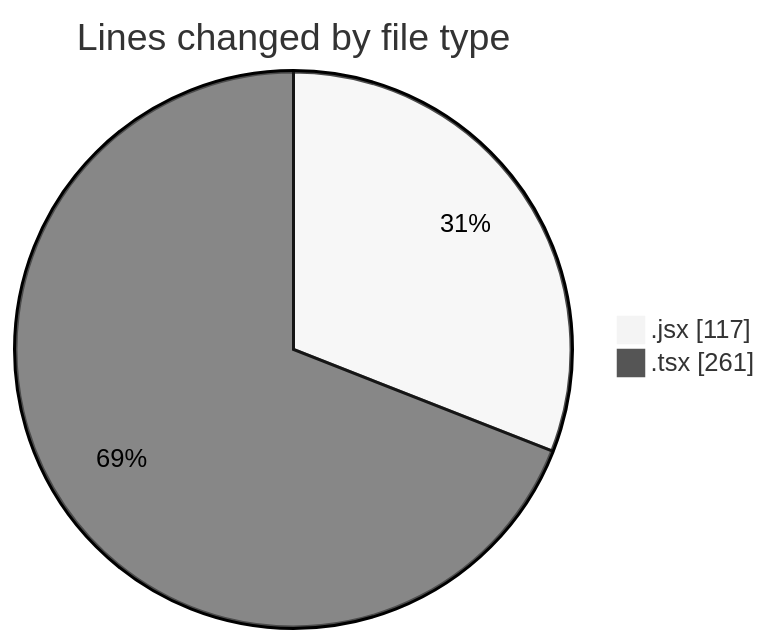
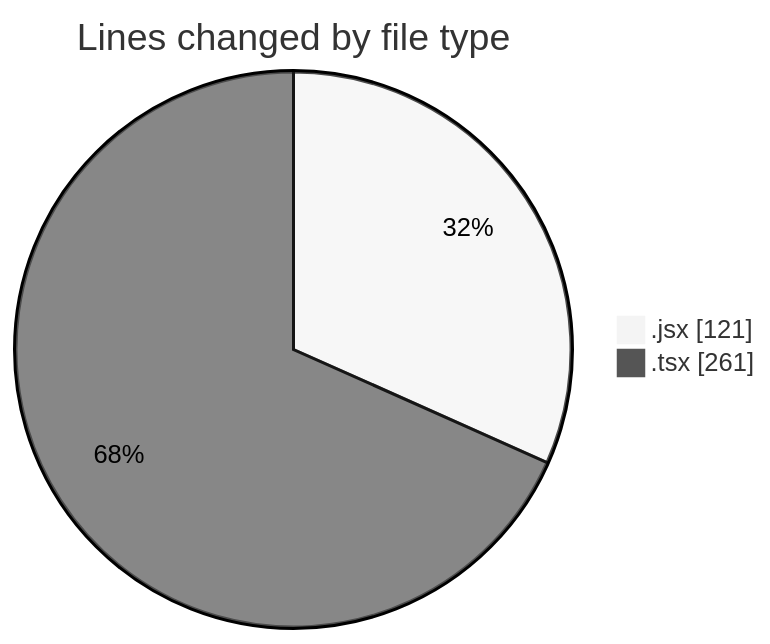
One commit to momahboobian/code-tracking changed the first of 2 diagrams in 2026-02-11/cda/README.md. Above: the diagram before and after it, drawn with Mermaid (neutral theme). The commit also changed other lines of this file and 1 other file, not shown here.

````diff
--- a/2026-02-11/cda/README.md
+++ b/2026-02-11/cda/README.md
@@ -22,6 +23,6 @@
 ```mermaid
 pie showData
 title Lines changed by file type
-".jsx" : 117
+".jsx" : 121
 ".tsx" : 261
 ```
````
